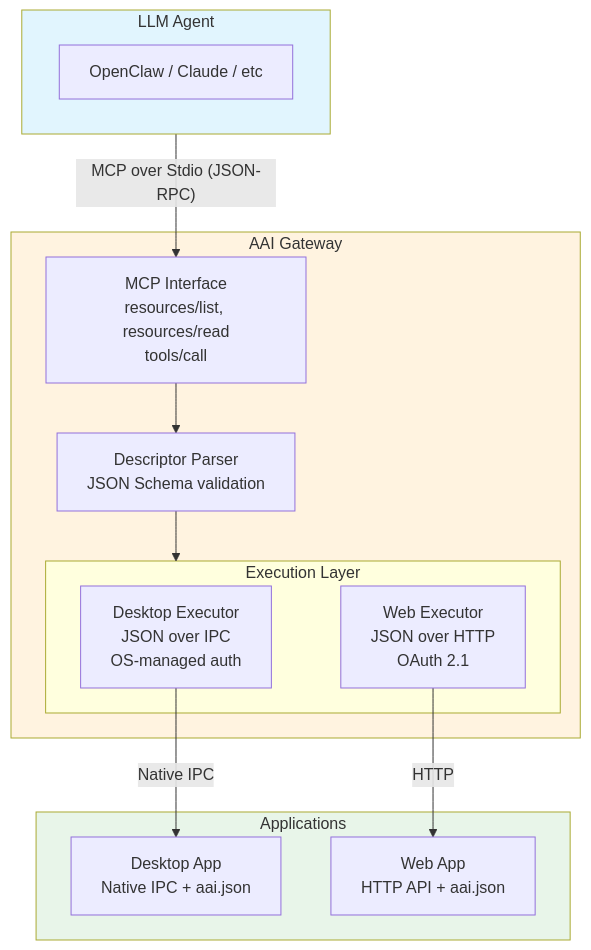
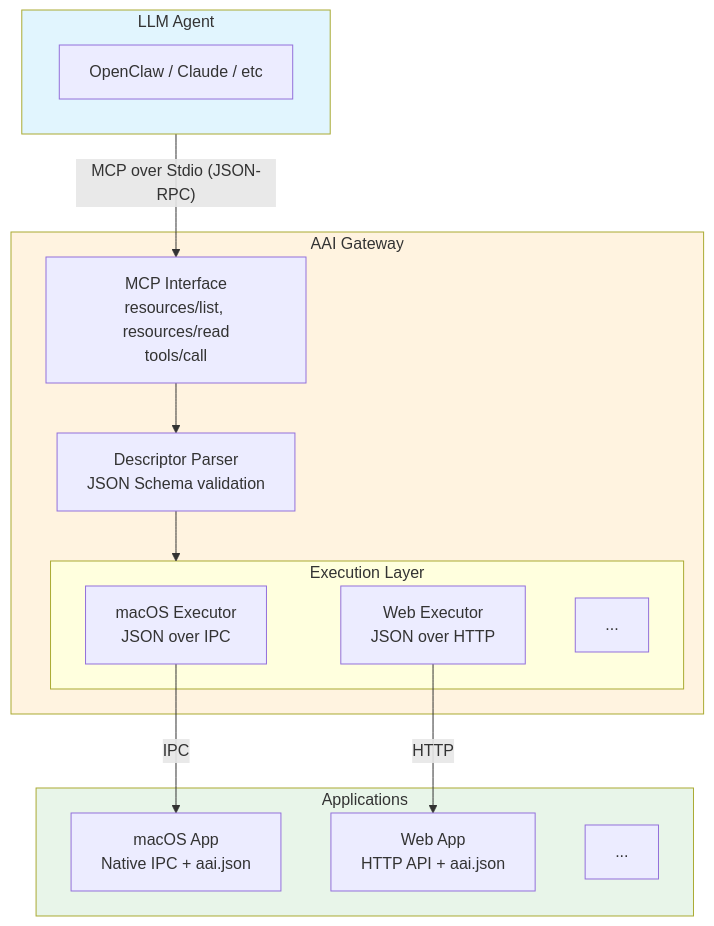
One commit to gybob/aai-protocol changed the diagram in spec/architecture.md. Above: the diagram before and after it, drawn with Mermaid. The commit also changed other lines of this file, not shown here.

Commit message:
fix: 更新 architecture.md 支持多平台 executor 扩展

````diff
--- a/spec/architecture.md
+++ b/spec/architecture.md
@@ -5,32 +5,34 @@
 ```mermaid
 flowchart TB
     subgraph Agent["LLM Agent"]
         A1[OpenClaw / Claude / etc]
     end
 
     subgraph Gateway["AAI Gateway"]
         G1["MCP Interface<br/>resources/list, resources/read<br/>tools/call"]
         G2["Descriptor Parser<br/>JSON Schema validation"]
         G3["Execution Layer"]
         
         subgraph G3["Execution Layer"]
-            E1["Desktop Executor<br/>JSON over IPC<br/>OS-managed auth"]
-            E2["Web Executor<br/>JSON over HTTP<br/>OAuth 2.1"]
+            E1["macOS Executor<br/>JSON over IPC"]
+            E2["Web Executor<br/>JSON over HTTP"]
+            E3["..."]
         end
         
         G1 --> G2 --> G3
     end
 
     subgraph Apps["Applications"]
-        D1["Desktop App<br/>Native IPC + aai.json"]
+        D1["macOS App<br/>Native IPC + aai.json"]
         W1["Web App<br/>HTTP API + aai.json"]
+        X1["..."]
     end
 
     Agent -->|"MCP over Stdio (JSON-RPC)"| G1
-    E1 -->|"Native IPC"| D1
+    E1 -->|"IPC"| D1
     E2 -->|"HTTP"| W1
 
     style Agent fill:#e1f5fe
     style Gateway fill:#fff3e0
     style Apps fill:#e8f5e9
 ```
````
